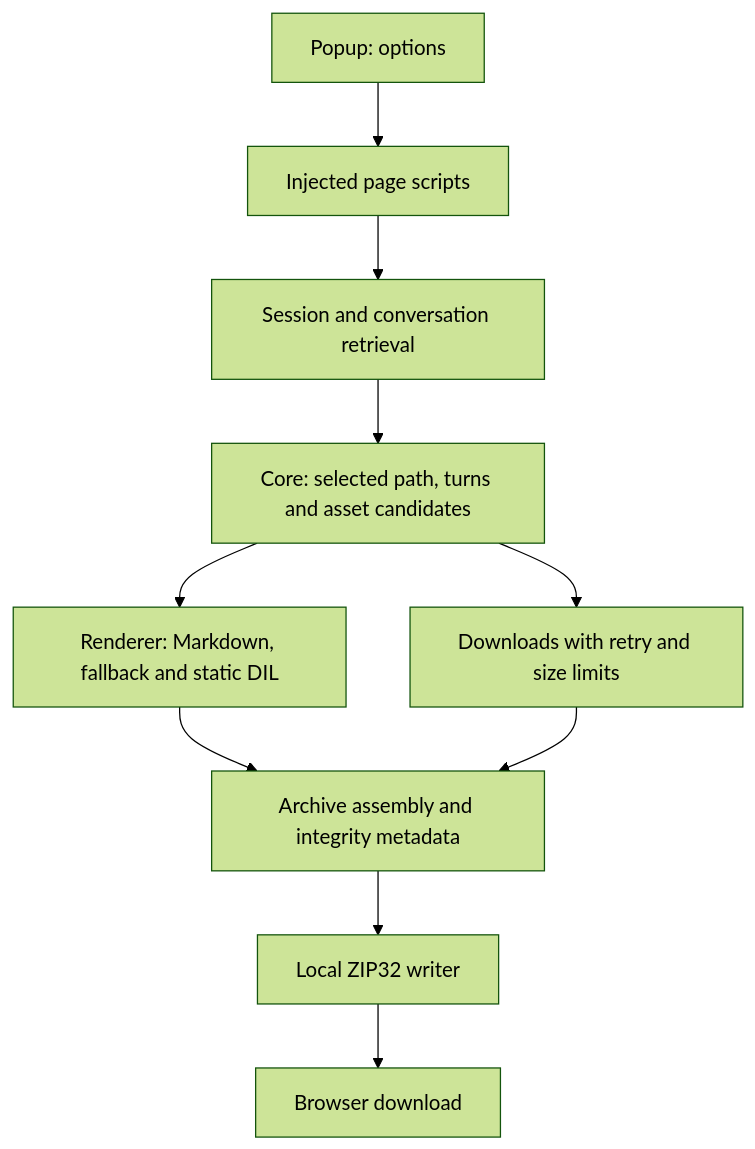
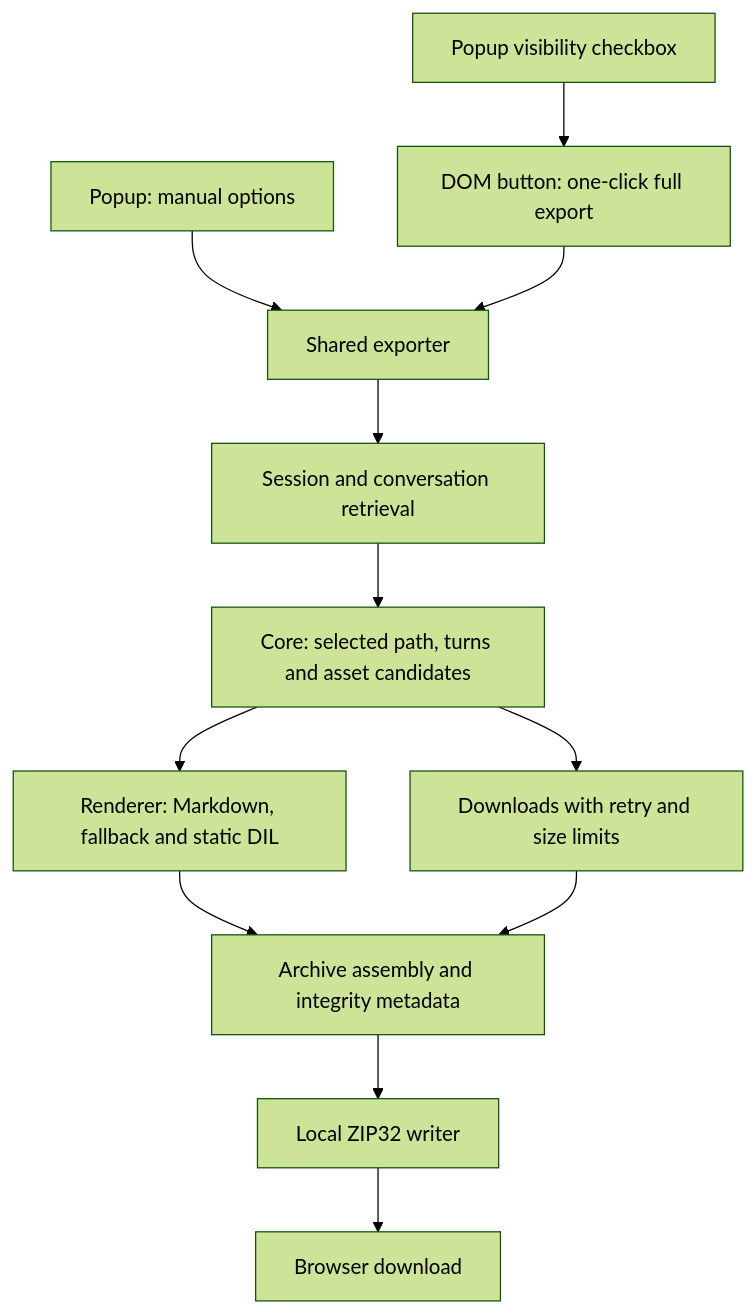
Before and after one commit to dmitromelnikoff/chatgpt-obsidian-exporter: the diagram in docs/architecture.md, drawn with Mermaid (forest theme). The commit also changed 9 other files, not shown here.

````diff
--- a/docs/architecture.md
+++ b/docs/architecture.md
@@ -5,12 +5,14 @@
 ```mermaid
 flowchart TD
-    A[Popup: options] --> B[Injected page scripts]
+    A[Popup: manual options] --> B[Shared exporter]
+    X[DOM button: one-click full export] --> B
+    P[Popup visibility checkbox] --> X
     B --> C[Session and conversation retrieval]
     C --> D[Core: selected path, turns and asset candidates]
     D --> E[Renderer: Markdown, fallback and static DIL]
     D --> F[Downloads with retry and size limits]
     E --> G[Archive assembly and integrity metadata]
     F --> G
     G --> H[Local ZIP32 writer]
     H --> I[Browser download]
 ```
````
